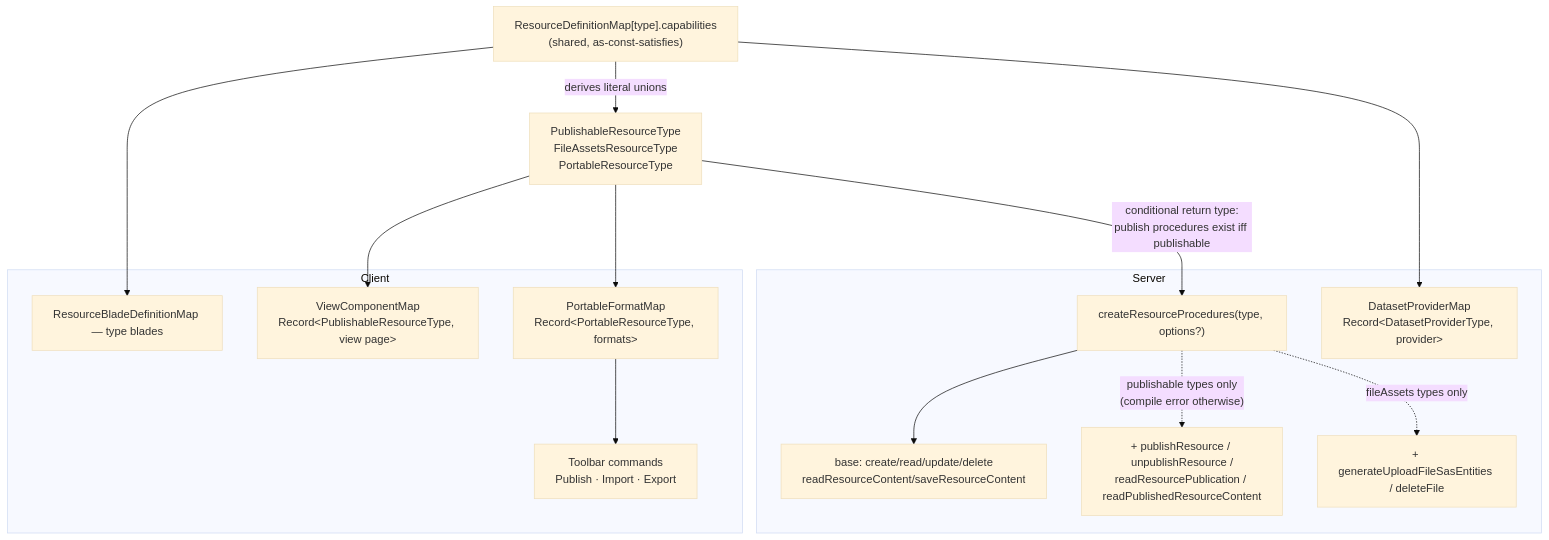
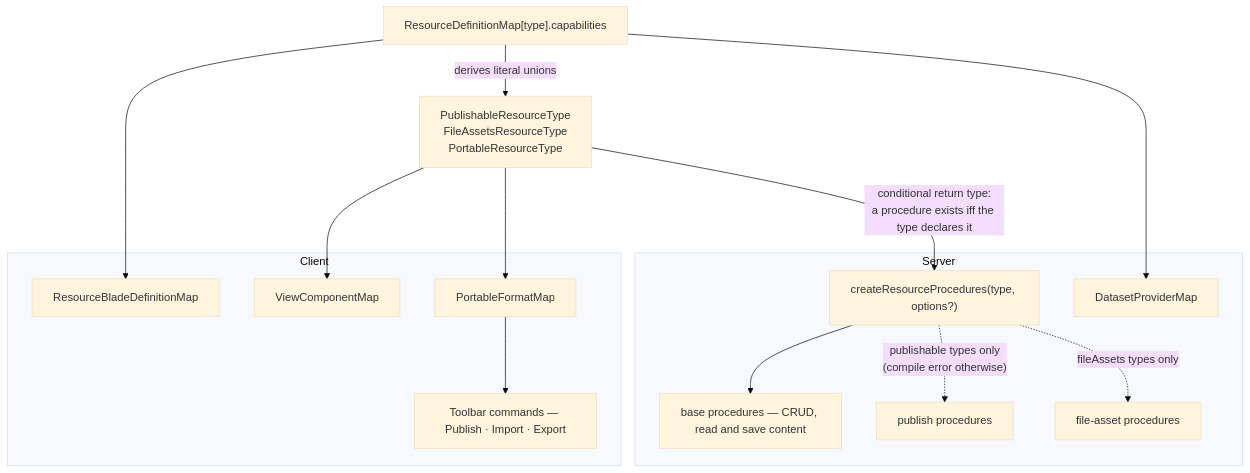
The second of 2 diagrams in packages/app/content/docs/architecture/resources.md (Esposter/Esposter), drawn with Mermaid (base theme) before and after one commit. The commit also changed other lines of this file and 8 other files, not shown here.

````diff
--- a/packages/app/content/docs/architecture/resources.md
+++ b/packages/app/content/docs/architecture/resources.md
@@ -103,31 +101,31 @@
 ```mermaid
 flowchart TB
-  DEF["ResourceDefinitionMap[type].capabilities<br/>(shared, as-const-satisfies)"]
+  DEF["ResourceDefinitionMap[type].capabilities"]
 
   DEF -->|"derives literal unions"| UNIONS["PublishableResourceType<br/>FileAssetsResourceType<br/>PortableResourceType"]
 
   subgraph server [Server]
     FACTORY["createResourceProcedures(type, options?)"]
-    BASE["base: create/read/update/delete<br/>readResourceContent/saveResourceContent"]
-    PUBP["+ publishResource / unpublishResource /<br/>readResourcePublication / readPublishedResourceContent"]
-    FAP["+ generateUploadFileSasEntities / deleteFile"]
-    DPM["DatasetProviderMap<br/>Record&lt;DatasetProviderType, provider&gt;"]
+    BASE["base procedures — CRUD, read and save content"]
+    PUBP["publish procedures"]
+    FAP["file-asset procedures"]
+    DPM["DatasetProviderMap"]
   end
 
   subgraph client [Client]
-    BLADES["ResourceBladeDefinitionMap — type blades"]
-    CMDS["Toolbar commands<br/>Publish · Import · Export"]
-    VIEWS["ViewComponentMap<br/>Record&lt;PublishableResourceType, view page&gt;"]
-    FMT["PortableFormatMap<br/>Record&lt;PortableResourceType, formats&gt;"]
+    BLADES["ResourceBladeDefinitionMap"]
+    CMDS["Toolbar commands — Publish · Import · Export"]
+    VIEWS["ViewComponentMap"]
+    FMT["PortableFormatMap"]
   end
 
-  UNIONS -->|"conditional return type:<br/>publish procedures exist iff publishable"| FACTORY
+  UNIONS -->|"conditional return type:<br/>a procedure exists iff the type declares it"| FACTORY
   FACTORY --> BASE
   FACTORY -.->|"publishable types only<br/>(compile error otherwise)"| PUBP
   FACTORY -.->|"fileAssets types only"| FAP
   UNIONS --> VIEWS
   UNIONS --> FMT
   FMT --> CMDS
   DEF --> DPM
   DEF --> BLADES
 ```
````
